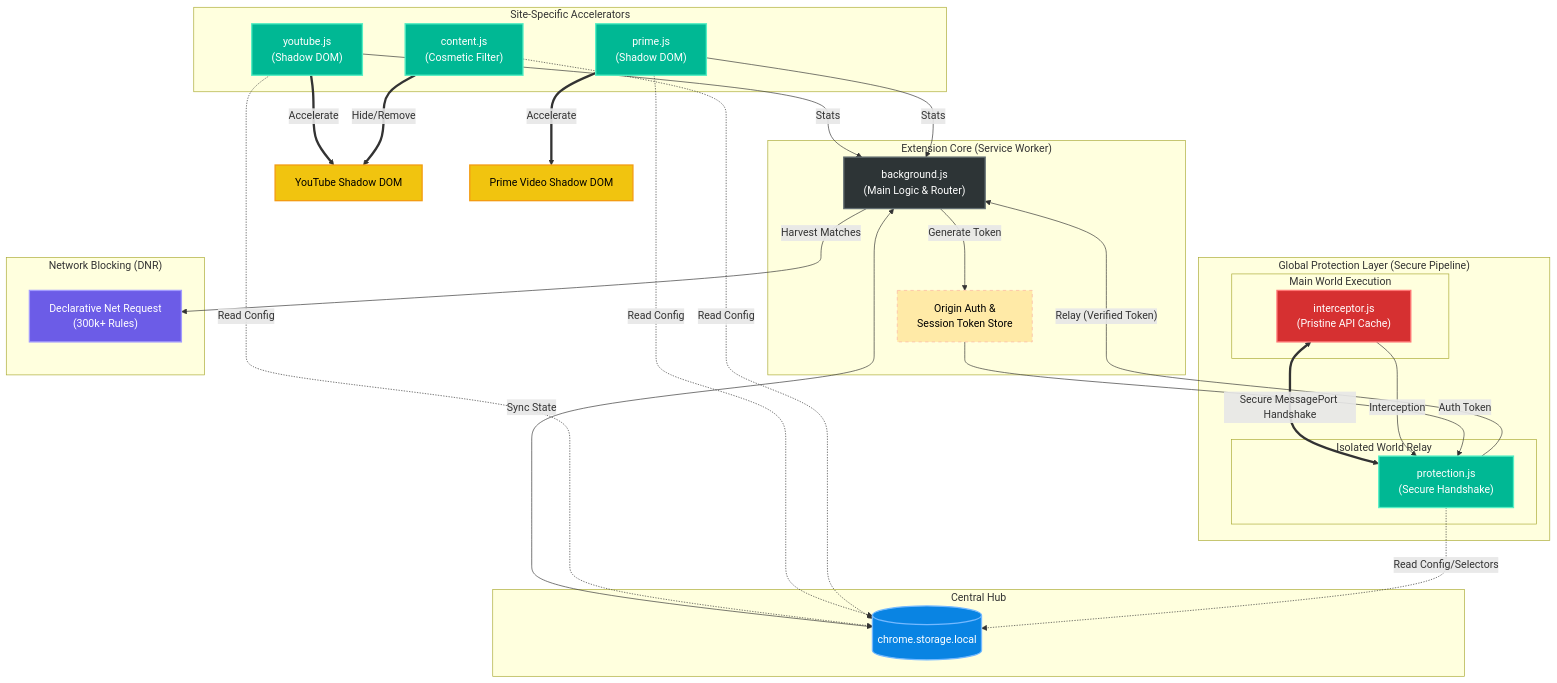
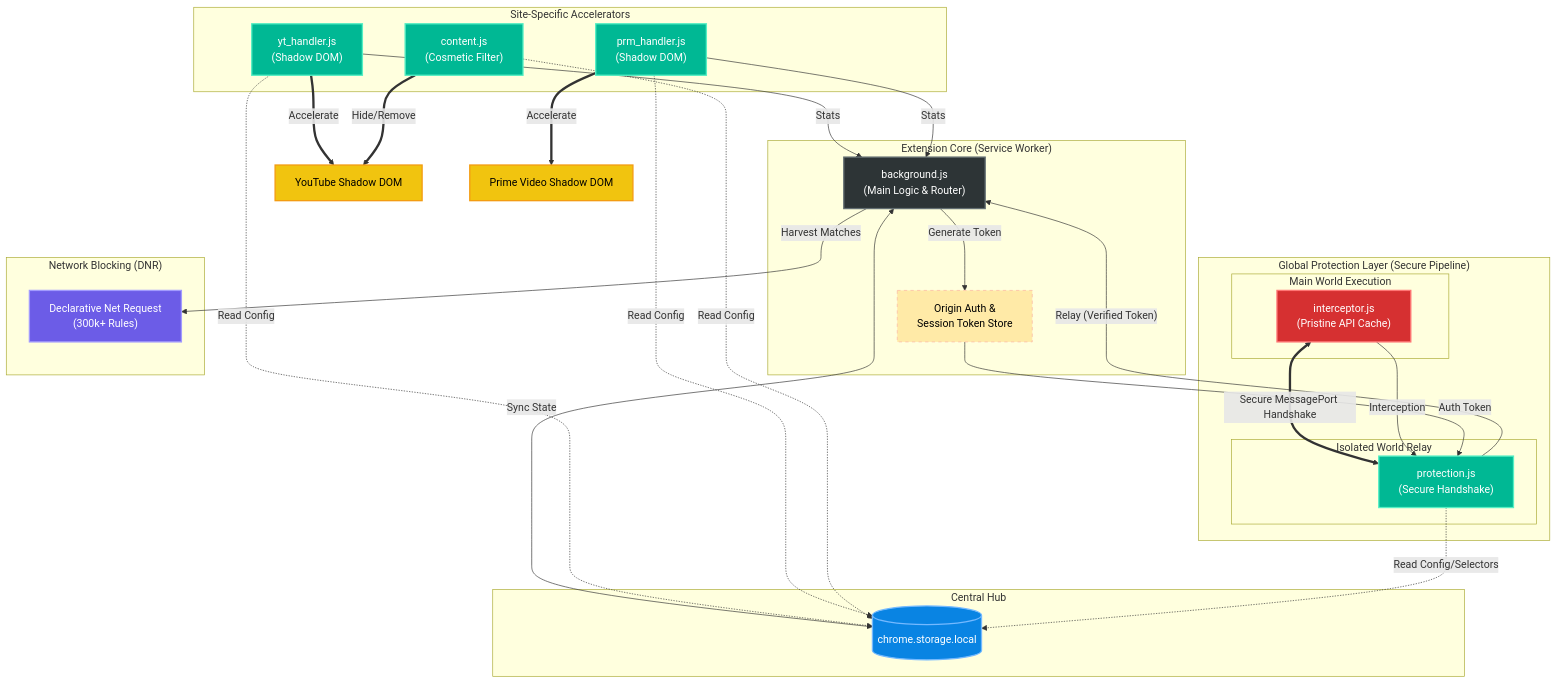
Before and after one commit to Dabrogost/Chroma-Ad-Blocker: the diagram in README.md, drawn with Mermaid. The commit also changed other lines of this file and 7 other files, not shown here.

Commit message:
feat: Re-architect ad-blocking and acceleration into modular platform handlers with enhanced inter-process communication and reactive stats.

````diff
--- a/README.md
+++ b/README.md
@@ -25,62 +25,62 @@
 ```mermaid
 graph TD
     classDef sw fill:#2d3436,color:#fff,stroke:#636e72,stroke-width:2px
     classDef storage fill:#0984e3,color:#fff,stroke:#74b9ff,stroke-width:2px
     classDef isolated fill:#00b894,color:#fff,stroke:#55efc4,stroke-width:2px
     classDef main fill:#d63031,color:#fff,stroke:#ff7675,stroke-width:2px
     classDef dnr fill:#6c5ce7,color:#fff,stroke:#a29bfe,stroke-width:2px
     classDef dom fill:#f1c40f,color:#000,stroke:#f39c12,stroke-width:2px
     classDef secure fill:#ffeaa7,color:#000,stroke:#fab1a0,stroke-dasharray: 5 5
 
     subgraph SW ["Extension Core (Service Worker)"]
         BS["background.js<br/>(Main Logic & Router)"]:::sw
         AUTH["Origin Auth &<br/>Session Token Store"]:::secure
     end
 
     subgraph ST ["Central Hub"]
         STORAGE[("chrome.storage.local")]:::storage
     end
 
     subgraph GR ["Global Protection Layer (Secure Pipeline)"]
         subgraph MW ["Main World Execution"]
             MW_INT["interceptor.js<br/>(Pristine API Cache)"]:::main
         end
         subgraph IW ["Isolated World Relay"]
             CS_PROT["protection.js<br/>(Secure Handshake)"]:::isolated
         end
         MW_INT <==>|"Secure MessagePort Handshake"| CS_PROT
     end
 
     subgraph SP ["Site-Specific Accelerators"]
-        CS_YT["youtube.js<br/>(Shadow DOM)"]:::isolated
-        CS_PV["prime.js<br/>(Shadow DOM)"]:::isolated
+        CS_YT["yt_handler.js<br/>(Shadow DOM)"]:::isolated
+        CS_PV["prm_handler.js<br/>(Shadow DOM)"]:::isolated
         CS_GEN["content.js<br/>(Cosmetic Filter)"]:::isolated
     end
 
     subgraph DN ["Network Blocking (DNR)"]
         DNR["Declarative Net Request<br/>(300k+ Rules)"]:::dnr
     end
 
     %% Logic Flow
     MW_INT -- "Interception" --> CS_PROT
     CS_PROT -- "Relay (Verified Token)" --> BS
     
     CS_YT -- "Stats" --> BS
     CS_PV -- "Stats" --> BS
     
     BS <-->|"Sync State"| STORAGE
     BS -- "Generate Token" --> AUTH
     AUTH -- "Auth Token" --> CS_PROT
     
     CS_YT -.->|"Read Config"| STORAGE
     CS_PV -.->|"Read Config"| STORAGE
     CS_GEN -.->|"Read Config"| STORAGE
     CS_PROT -.->|"Read Config/Selectors"| STORAGE
 
     BS -- "Harvest Matches" --> DNR
 
     %% Execution
     CS_YT ==>|"Accelerate"| DOM_YT["YouTube Shadow DOM"]:::dom
     CS_PV ==>|"Accelerate"| DOM_PV["Prime Video Shadow DOM"]:::dom
     CS_GEN ==>|"Hide/Remove"| DOM_YT
 ```
````
